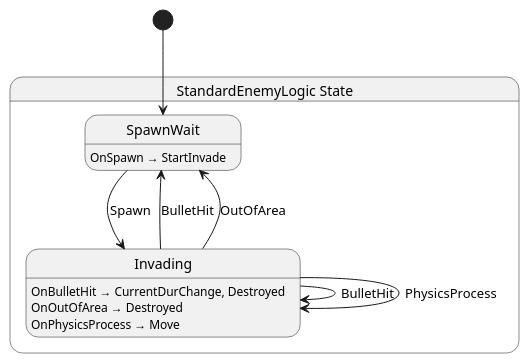
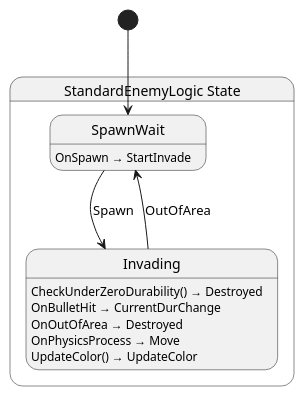
Before and after one commit to Ygoat/EternalJourney: the diagram in src/enemy/abstract/state/StandardEnemyLogic.g.puml, drawn with PlantUML. The commit also changed 10 other files, not shown here.

```diff
--- a/src/enemy/abstract/state/StandardEnemyLogic.g.puml
+++ b/src/enemy/abstract/state/StandardEnemyLogic.g.puml
@@ -1,19 +1,18 @@
 @startuml StandardEnemyLogic
 state "StandardEnemyLogic State" as EternalJourney_Enemy_Abstract_State_StandardEnemyLogic_State {
   state "SpawnWait" as EternalJourney_Enemy_Abstract_State_StandardEnemyLogic_State_SpawnWait
   state "Invading" as EternalJourney_Enemy_Abstract_State_StandardEnemyLogic_State_Invading
 }
 
-EternalJourney_Enemy_Abstract_State_StandardEnemyLogic_State_Invading --> EternalJourney_Enemy_Abstract_State_StandardEnemyLogic_State_Invading : BulletHit
-EternalJourney_Enemy_Abstract_State_StandardEnemyLogic_State_Invading --> EternalJourney_Enemy_Abstract_State_StandardEnemyLogic_State_Invading : PhysicsProcess
-EternalJourney_Enemy_Abstract_State_StandardEnemyLogic_State_Invading --> EternalJourney_Enemy_Abstract_State_StandardEnemyLogic_State_SpawnWait : BulletHit
 EternalJourney_Enemy_Abstract_State_StandardEnemyLogic_State_Invading --> EternalJourney_Enemy_Abstract_State_StandardEnemyLogic_State_SpawnWait : OutOfArea
 EternalJourney_Enemy_Abstract_State_StandardEnemyLogic_State_SpawnWait --> EternalJourney_Enemy_Abstract_State_StandardEnemyLogic_State_Invading : Spawn
 
-EternalJourney_Enemy_Abstract_State_StandardEnemyLogic_State_Invading : OnBulletHit → CurrentDurChange, Destroyed
+EternalJourney_Enemy_Abstract_State_StandardEnemyLogic_State_Invading : CheckUnderZeroDurability() → Destroyed
+EternalJourney_Enemy_Abstract_State_StandardEnemyLogic_State_Invading : OnBulletHit → CurrentDurChange
 EternalJourney_Enemy_Abstract_State_StandardEnemyLogic_State_Invading : OnOutOfArea → Destroyed
 EternalJourney_Enemy_Abstract_State_StandardEnemyLogic_State_Invading : OnPhysicsProcess → Move
+EternalJourney_Enemy_Abstract_State_StandardEnemyLogic_State_Invading : UpdateColor() → UpdateColor
 EternalJourney_Enemy_Abstract_State_StandardEnemyLogic_State_SpawnWait : OnSpawn → StartInvade
 
 [*] --> EternalJourney_Enemy_Abstract_State_StandardEnemyLogic_State_SpawnWait
 @enduml
```
